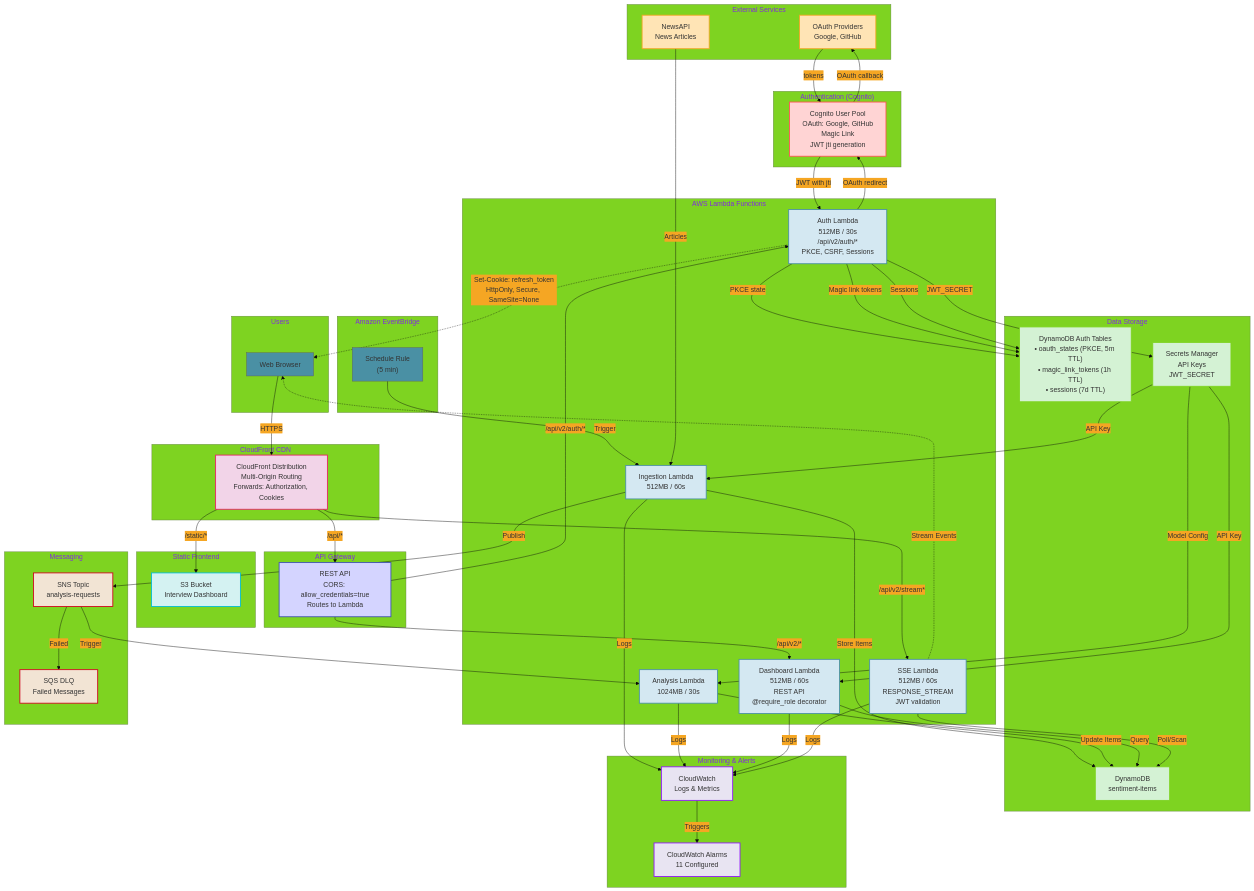
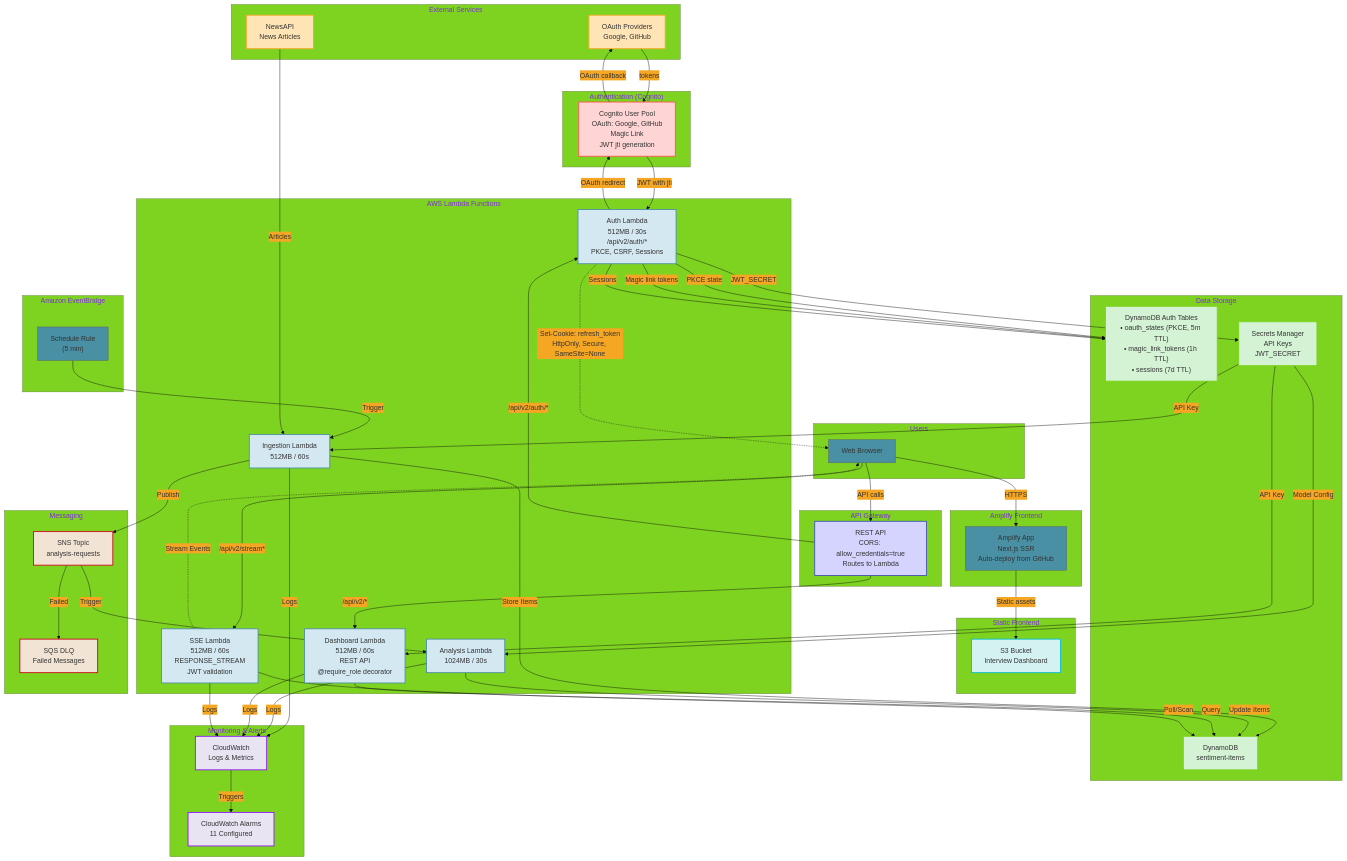
One commit to traylorre/sentiment-analyzer-gsk changed the diagram in docs/architecture.mmd. Above: the diagram before and after it, drawn with Mermaid. The commit also changed 18 other files, not shown here.

First line of the commit message:
docs(1209): Remove CloudFront references from documentation

```diff
--- a/docs/architecture.mmd
+++ b/docs/architecture.mmd
@@ -1,122 +1,122 @@
 %%{init: {'theme': 'base', 'themeVariables': { 'primaryColor': '#4A90A4', 'secondaryColor': '#F5A623', 'tertiaryColor': '#7ED321'}}}%%
 flowchart TB
     subgraph External["External Services"]
         NewsAPI["NewsAPI<br/>News Articles"]
         OAuthProviders["OAuth Providers<br/>Google, GitHub"]
     end
 
     subgraph EventBridge["Amazon EventBridge"]
         Schedule["Schedule Rule<br/>(5 min)"]
     end
 
-    subgraph CDN["CloudFront CDN"]
-        CF["CloudFront Distribution<br/>Multi-Origin Routing<br/>Forwards: Authorization, Cookies"]
+    subgraph AmplifyFE["Amplify Frontend"]
+        AmplifyApp["Amplify App<br/>Next.js SSR<br/>Auto-deploy from GitHub"]
     end
 
     subgraph APIGateway["API Gateway"]
         APIGW["REST API<br/>CORS: allow_credentials=true<br/>Routes to Lambda"]
     end
 
     subgraph Frontend["Static Frontend"]
         S3["S3 Bucket<br/>Interview Dashboard"]
     end
 
     subgraph Auth["Authentication (Cognito)"]
         Cognito["Cognito User Pool<br/>OAuth: Google, GitHub<br/>Magic Link<br/>JWT jti generation"]
     end
 
     subgraph Lambda["AWS Lambda Functions"]
         Ingestion["Ingestion Lambda<br/>512MB / 60s"]
         Analysis["Analysis Lambda<br/>1024MB / 30s"]
         AuthLambda["Auth Lambda<br/>512MB / 30s<br/>/api/v2/auth/*<br/>PKCE, CSRF, Sessions"]
         Dashboard["Dashboard Lambda<br/>512MB / 60s<br/>REST API<br/>@require_role decorator"]
         SSE["SSE Lambda<br/>512MB / 60s<br/>RESPONSE_STREAM<br/>JWT validation"]
     end
 
     subgraph Storage["Data Storage"]
         DynamoDB["DynamoDB<br/>sentiment-items"]
         AuthTables["DynamoDB Auth Tables<br/>• oauth_states (PKCE, 5m TTL)<br/>• magic_link_tokens (1h TTL)<br/>• sessions (7d TTL)"]
         Secrets["Secrets Manager<br/>API Keys<br/>JWT_SECRET"]
     end
 
     subgraph Messaging["Messaging"]
         SNS["SNS Topic<br/>analysis-requests"]
         DLQ["SQS DLQ<br/>Failed Messages"]
     end
 
     subgraph Monitoring["Monitoring & Alerts"]
         CloudWatch["CloudWatch<br/>Logs & Metrics"]
         Alarms["CloudWatch Alarms<br/>11 Configured"]
     end
 
     subgraph Users["Users"]
         Browser["Web Browser"]
     end
 
-    %% User Request Flow (via CloudFront → API Gateway)
-    Browser -->|HTTPS| CF
-    CF -->|"/static/*"| S3
-    CF -->|"/api/*"| APIGW
+    %% User Request Flow (via Amplify + Lambda Function URLs)
+    Browser -->|HTTPS| AmplifyApp
+    AmplifyApp -->|Static assets| S3
+    Browser -->|API calls| APIGW
     APIGW -->|"/api/v2/auth/*"| AuthLambda
     APIGW -->|"/api/v2/*"| Dashboard
-    CF -->|"/api/v2/stream*"| SSE
+    Browser -->|"/api/v2/stream*"| SSE
 
     %% Authentication Flow
     AuthLambda -->|OAuth redirect| Cognito
     Cognito -->|OAuth callback| OAuthProviders
     OAuthProviders -->|tokens| Cognito
     Cognito -->|JWT with jti| AuthLambda
     AuthLambda -->|PKCE state| AuthTables
     AuthLambda -->|Magic link tokens| AuthTables
     AuthLambda -->|Sessions| AuthTables
     AuthLambda -->|JWT_SECRET| Secrets
     AuthLambda -.->|Set-Cookie: refresh_token<br/>HttpOnly, Secure, SameSite=None| Browser
 
     %% Data Ingestion Flow
     Schedule -->|Trigger| Ingestion
     NewsAPI -->|Articles| Ingestion
     Secrets -->|API Key| Ingestion
     Ingestion -->|Store Items| DynamoDB
     Ingestion -->|Publish| SNS
 
     %% Analysis Flow
     SNS -->|Trigger| Analysis
     SNS -->|Failed| DLQ
     Analysis -->|Update Items| DynamoDB
     Secrets -->|Model Config| Analysis
 
     %% API Flow
     Dashboard -->|Query| DynamoDB
     Secrets -->|API Key| Dashboard
 
     %% SSE Streaming Flow
     SSE -->|Poll/Scan| DynamoDB
     SSE -.->|Stream Events| Browser
 
     %% Monitoring
     Ingestion -->|Logs| CloudWatch
     Analysis -->|Logs| CloudWatch
     Dashboard -->|Logs| CloudWatch
     SSE -->|Logs| CloudWatch
     CloudWatch -->|Triggers| Alarms
 
     %% Styling
     classDef external fill:#FFE4B5,stroke:#F5A623,stroke-width:2px
     classDef lambda fill:#D4E8F2,stroke:#4A90A4,stroke-width:2px
     classDef storage fill:#D4F2D4,stroke:#7ED321,stroke-width:2px
     classDef messaging fill:#F2E4D4,stroke:#D0021B,stroke-width:2px
     classDef monitoring fill:#E8E4F2,stroke:#9013FE,stroke-width:2px
     classDef cdn fill:#F2D4E8,stroke:#E91E63,stroke-width:2px
     classDef frontend fill:#D4F2F2,stroke:#00BCD4,stroke-width:2px
     classDef auth fill:#FFD4D4,stroke:#FF5252,stroke-width:2px
     classDef gateway fill:#D4D4FF,stroke:#3F51B5,stroke-width:2px
 
     class NewsAPI,OAuthProviders external
     class Ingestion,Analysis,AuthLambda,Dashboard,SSE lambda
     class DynamoDB,AuthTables,Secrets storage
     class SNS,DLQ messaging
     class CloudWatch,Alarms monitoring
     class CF cdn
     class S3 frontend
     class Cognito auth
     class APIGW gateway
```
